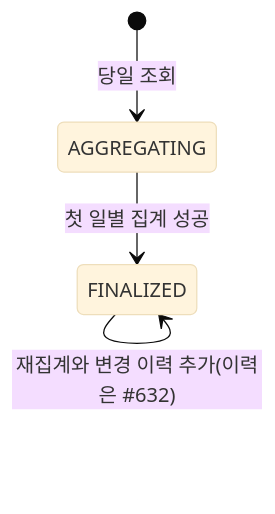
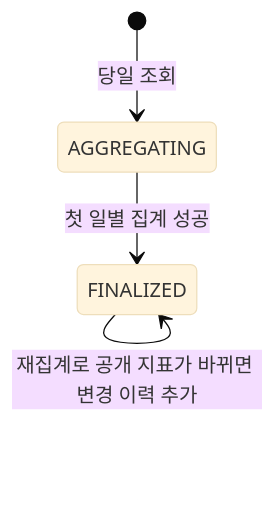
The second of 4 diagrams in docs/design/analytics/analytics_구조와_동작_설계.md (lunch-catch/lc-backend), drawn with Mermaid (base theme) before and after one commit. The commit also changed other lines of this file and 2 other files, not shown here.

Commit message:
[Docs] 캠페인 리포트 변경 이력의 공개 지표와 사유 판정 기준을 정리한다 (#632)

````diff
--- a/docs/design/analytics/analytics_구조와_동작_설계.md
+++ b/docs/design/analytics/analytics_구조와_동작_설계.md
@@ -145,6 +145,6 @@
 ```mermaid
 stateDiagram-v2
     [*] --> AGGREGATING: 당일 조회
     AGGREGATING --> FINALIZED: 첫 일별 집계 성공
-    FINALIZED --> FINALIZED: 재집계와 변경 이력 추가(이력은 #632)
+    FINALIZED --> FINALIZED: 재집계로 공개 지표가 바뀌면 변경 이력 추가
 ```
````
